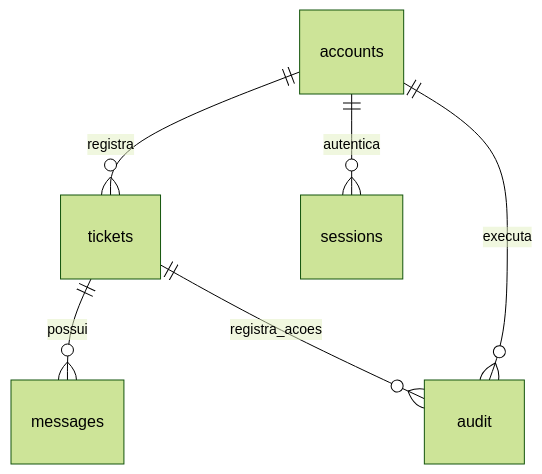
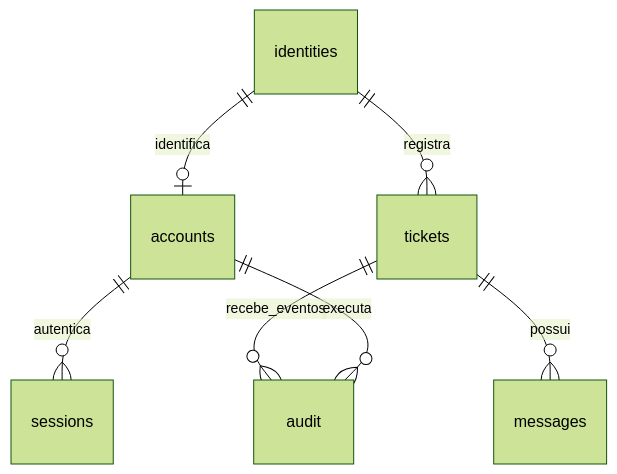
One commit to paraba00/AGORAVAI changed the diagram in BANCO_DE_DADOS.md. Above: the diagram before and after it, drawn with Mermaid (forest theme). The commit also changed other lines of this file, not shown here.

````diff
--- a/BANCO_DE_DADOS.md
+++ b/BANCO_DE_DADOS.md
@@ -84,8 +109,9 @@
 ```mermaid
 erDiagram
-    accounts ||--o{ tickets : registra
+    identities ||--o| accounts : identifica
+    identities ||--o{ tickets : registra
     accounts ||--o{ sessions : autentica
     tickets ||--o{ messages : possui
-    tickets ||--o{ audit : registra_acoes
+    tickets ||--o{ audit : recebe_eventos
     accounts ||--o{ audit : executa
 ```
````
